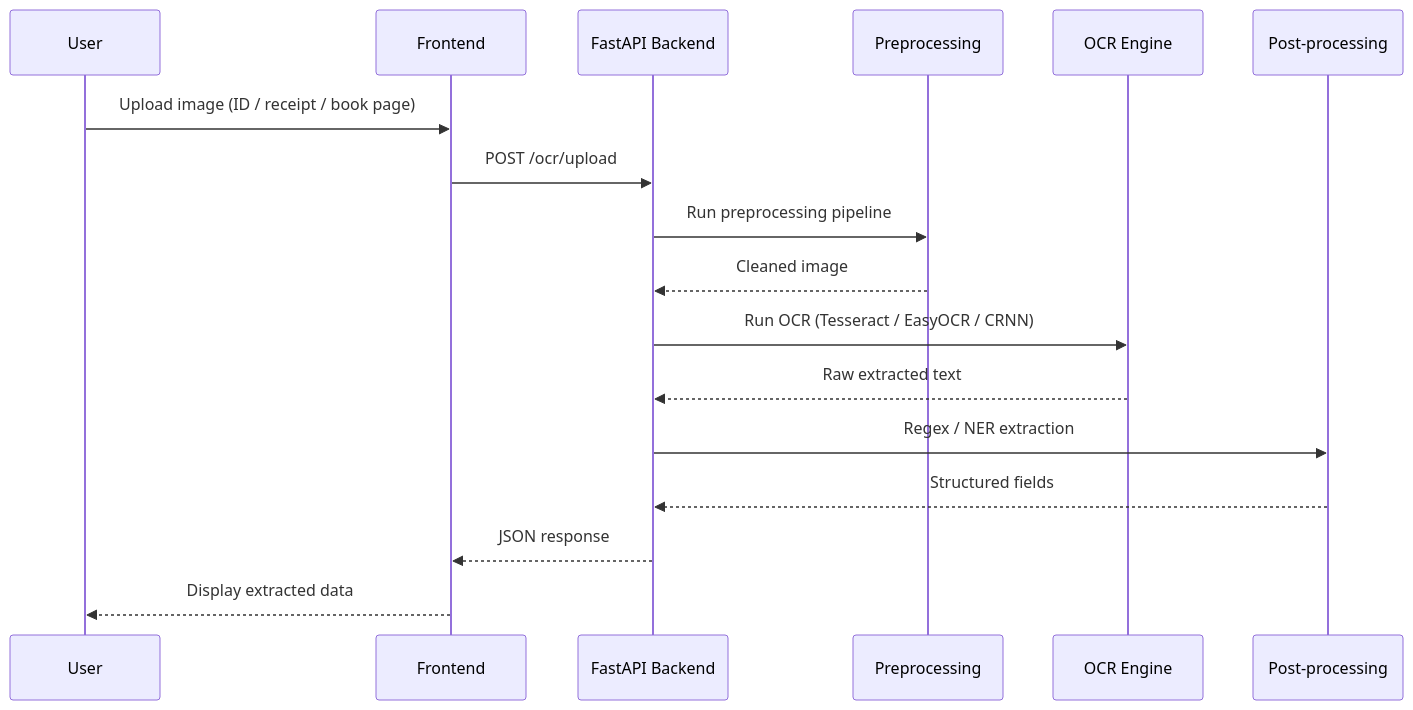
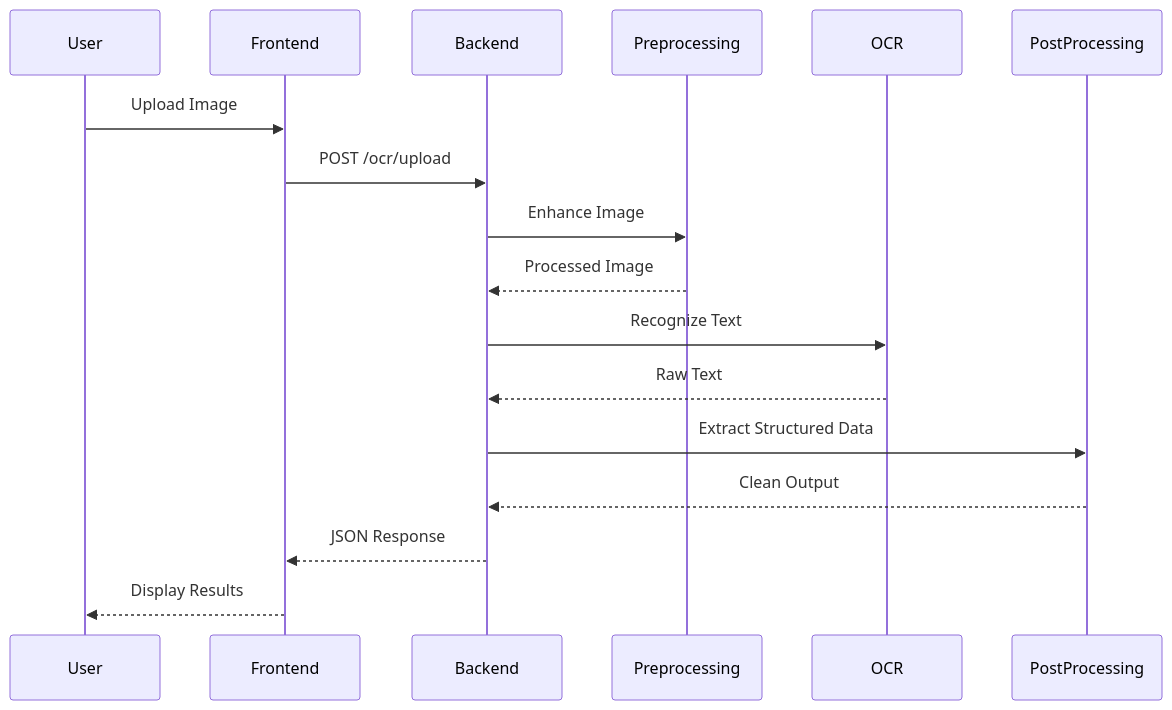
The fourth of 5 diagrams in README.md (finalSay9/neural_networks), drawn with Mermaid before and after one commit. The commit also changed other lines of this file, not shown here.

````diff
--- a/README.md
+++ b/README.md
@@ -88,20 +129,30 @@
 ```mermaid
 sequenceDiagram
-    participant U as User
-    participant F as Frontend
-    participant B as FastAPI Backend
-    participant P as Preprocessing
-    participant O as OCR Engine
-    participant Post as Post-processing
 
-    U->>F: Upload image (ID / receipt / book page)
-    F->>B: POST /ocr/upload
-    B->>P: Run preprocessing pipeline
-    P-->>B: Cleaned image
-    B->>O: Run OCR (Tesseract / EasyOCR / CRNN)
-    O-->>B: Raw extracted text
-    B->>Post: Regex / NER extraction
-    Post-->>B: Structured fields
-    B-->>F: JSON response
-    F-->>U: Display extracted data
+participant User
+participant Frontend
+participant Backend
+participant Preprocessing
+participant OCR
+participant PostProcessing
+
+User->>Frontend: Upload Image
+
+Frontend->>Backend: POST /ocr/upload
+
+Backend->>Preprocessing: Enhance Image
+
+Preprocessing-->>Backend: Processed Image
+
+Backend->>OCR: Recognize Text
+
+OCR-->>Backend: Raw Text
+
+Backend->>PostProcessing: Extract Structured Data
+
+PostProcessing-->>Backend: Clean Output
+
+Backend-->>Frontend: JSON Response
+
+Frontend-->>User: Display Results
 ```
````
